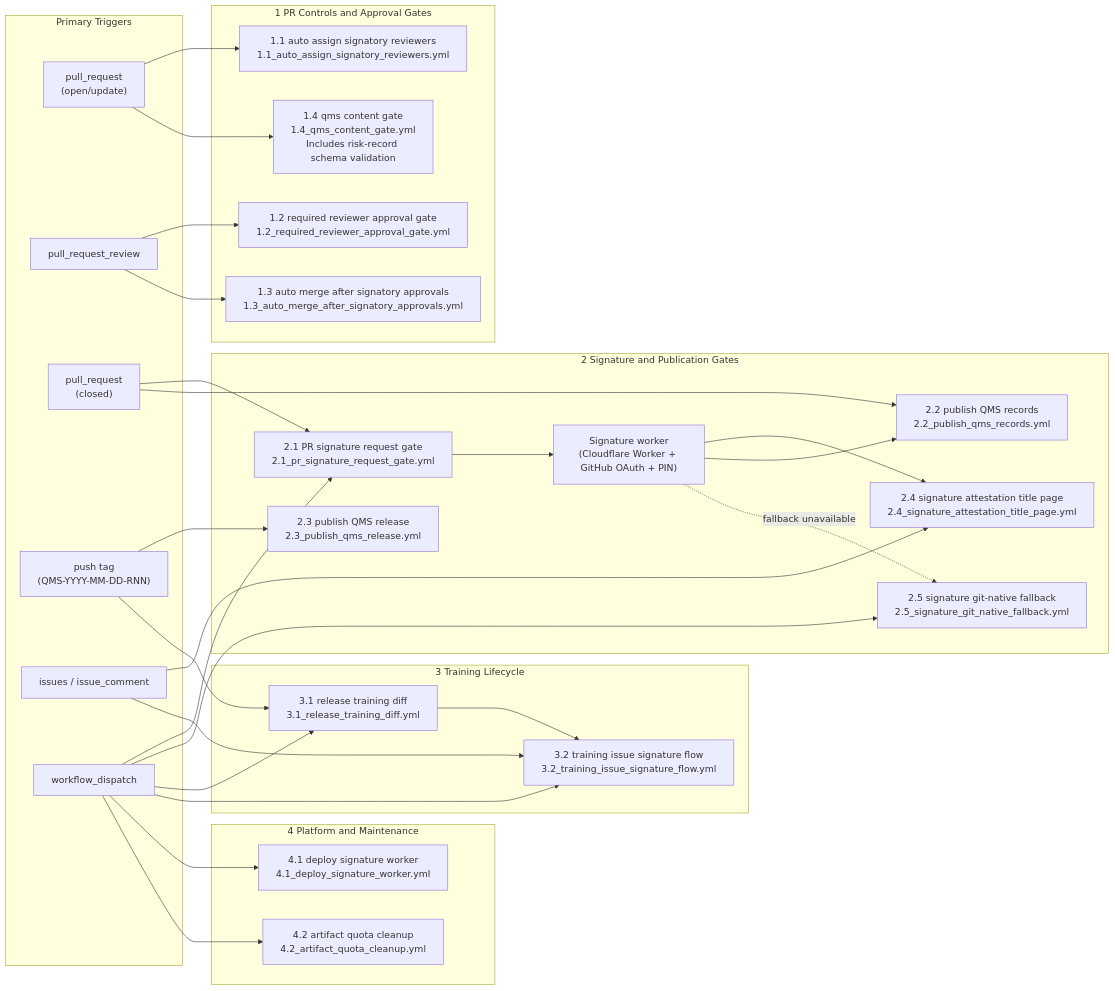
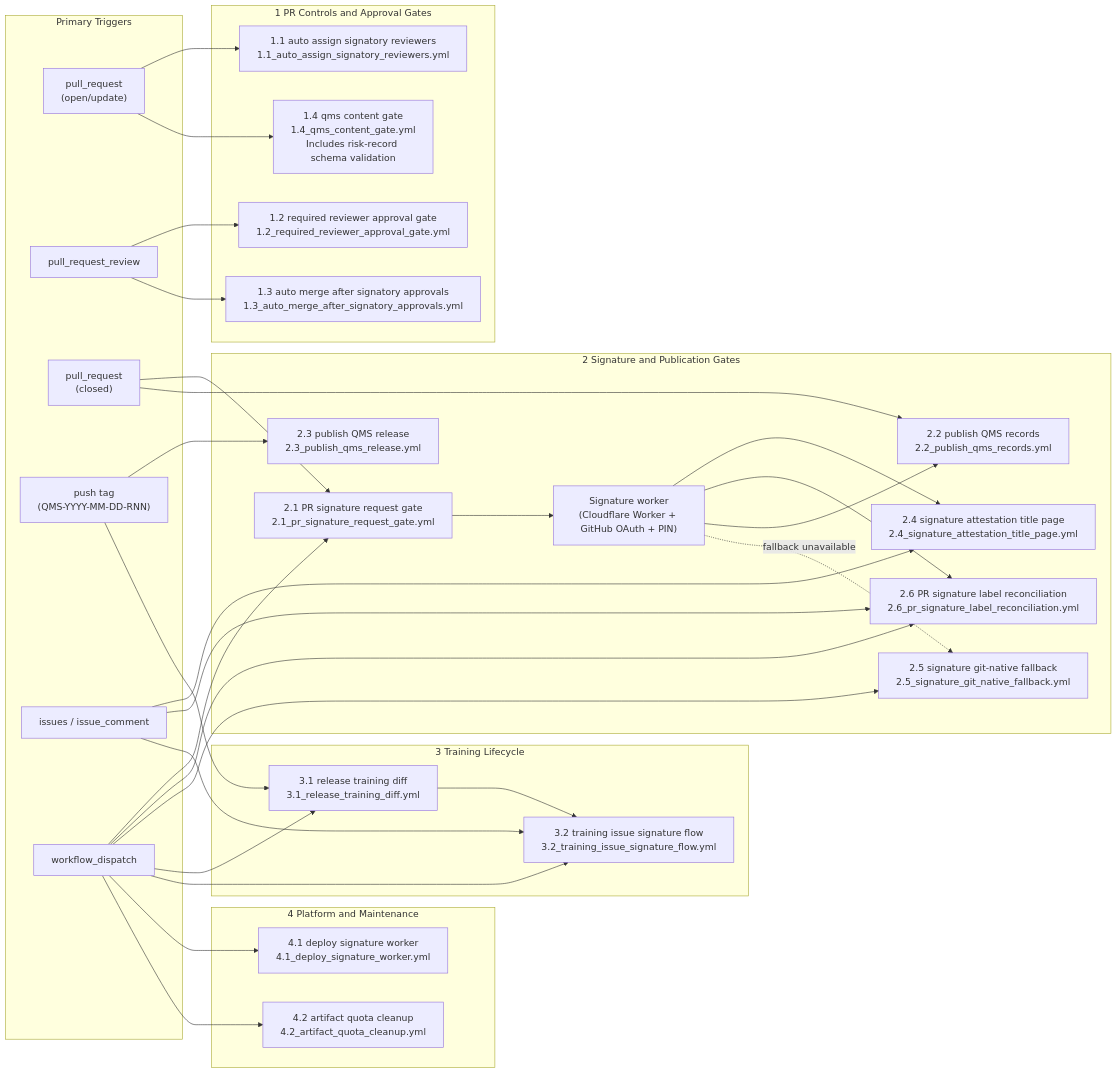
One commit to AliakseiT/dearauditor-qms-baseline changed the diagram in docs/architecture/README.md. Above: the diagram before and after it, drawn with Mermaid. The commit also changed other lines of this file and 1 other file, not shown here.

First line of the commit message:
Restore PR signature status labels (#245)

````diff
--- a/docs/architecture/README.md
+++ b/docs/architecture/README.md
@@ -57,60 +57,64 @@
 ```mermaid
 flowchart LR
   subgraph triggers["Primary Triggers"]
     pr_open["pull_request<br/>(open/update)"]
     pr_review["pull_request_review"]
     pr_closed["pull_request<br/>(closed)"]
     qms_tag["push tag<br/>(QMS-YYYY-MM-DD-RNN)"]
     issue_events["issues / issue_comment"]
     manual["workflow_dispatch"]
   end
 
   subgraph pr_controls["1 PR Controls and Approval Gates"]
     w11["1.1 auto assign signatory reviewers<br/>1.1_auto_assign_signatory_reviewers.yml"]
     w12["1.2 required reviewer approval gate<br/>1.2_required_reviewer_approval_gate.yml"]
     w13["1.3 auto merge after signatory approvals<br/>1.3_auto_merge_after_signatory_approvals.yml"]
     w14["1.4 qms content gate<br/>1.4_qms_content_gate.yml<br/>Includes risk-record schema validation"]
   end
 
   subgraph signature_pub["2 Signature and Publication Gates"]
     w21["2.1 PR signature request gate<br/>2.1_pr_signature_request_gate.yml"]
+    w26["2.6 PR signature label reconciliation<br/>2.6_pr_signature_label_reconciliation.yml"]
     signer_ui["Signature worker<br/>(Cloudflare Worker + GitHub OAuth + PIN)"]
     w24["2.4 signature attestation title page<br/>2.4_signature_attestation_title_page.yml"]
     w22["2.2 publish QMS records<br/>2.2_publish_qms_records.yml"]
     w23["2.3 publish QMS release<br/>2.3_publish_qms_release.yml"]
     w25["2.5 signature git-native fallback<br/>2.5_signature_git_native_fallback.yml"]
   end
 
   subgraph training["3 Training Lifecycle"]
     w31["3.1 release training diff<br/>3.1_release_training_diff.yml"]
     w32["3.2 training issue signature flow<br/>3.2_training_issue_signature_flow.yml"]
   end
 
   subgraph platform["4 Platform and Maintenance"]
     w41["4.1 deploy signature worker<br/>4.1_deploy_signature_worker.yml"]
     w42["4.2 artifact quota cleanup<br/>4.2_artifact_quota_cleanup.yml"]
   end
 
   pr_open --> w11
   pr_open --> w14
   pr_review --> w12
   pr_review --> w13
   pr_closed --> w21
   pr_closed --> w22
   qms_tag --> w23
   qms_tag --> w31
   issue_events --> w24
+  issue_events --> w26
   issue_events --> w32
   manual --> w21
+  manual --> w26
   manual --> w25
   manual --> w31
   manual --> w32
   manual --> w41
   manual --> w42
 
   w21 --> signer_ui
   signer_ui --> w24
+  signer_ui --> w26
   signer_ui --> w22
   signer_ui -. fallback unavailable .-> w25
   w31 --> w32
 ```
````
